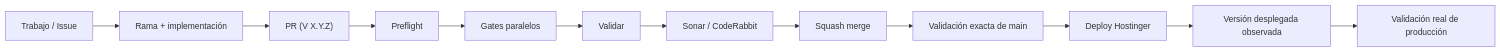
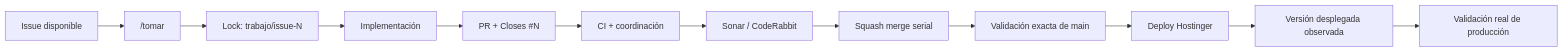
One commit to pl0n3r/Condor changed the diagram in README.md. Above: the diagram before and after it, drawn with Mermaid. The commit also changed other lines of this file, not shown here.

Commit message:
docs: muestra flujo de coordinación multiagente

````diff
--- a/README.md
+++ b/README.md
@@ -38,14 +39,14 @@
 ```mermaid
 flowchart LR
- A["Trabajo / Issue"] --> B["Rama + implementación"]
- B --> C["PR (V X.Y.Z)"]
- C --> D["Preflight"]
- D --> E["Gates paralelos"]
- E --> F["Validar"]
+ A["Issue disponible"] --> B["/tomar"]
+ B --> C["Lock: trabajo/issue-N"]
+ C --> D["Implementación"]
+ D --> E["PR + Closes #N"]
+ E --> F["CI + coordinación"]
  F --> G["Sonar / CodeRabbit"]
- G --> H["Squash merge"]
+ G --> H["Squash merge serial"]
  H --> I["Validación exacta de main"]
  I --> J["Deploy Hostinger"]
  J --> K["Versión desplegada observada"]
  K --> L["Validación real de producción"]
 ```
````
